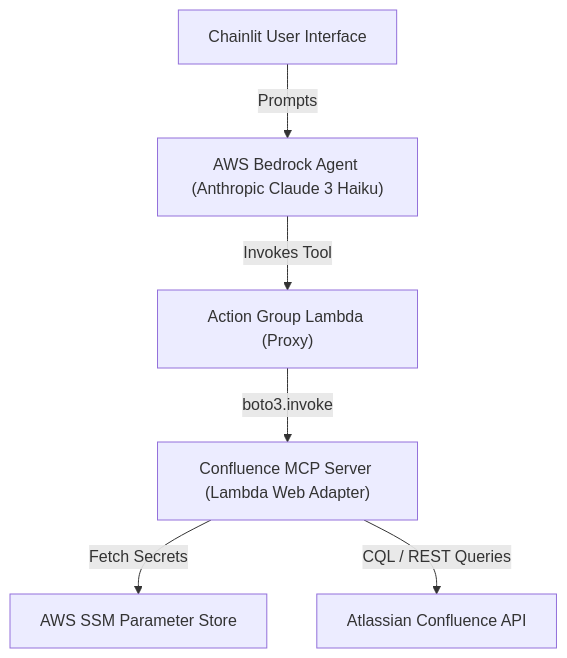
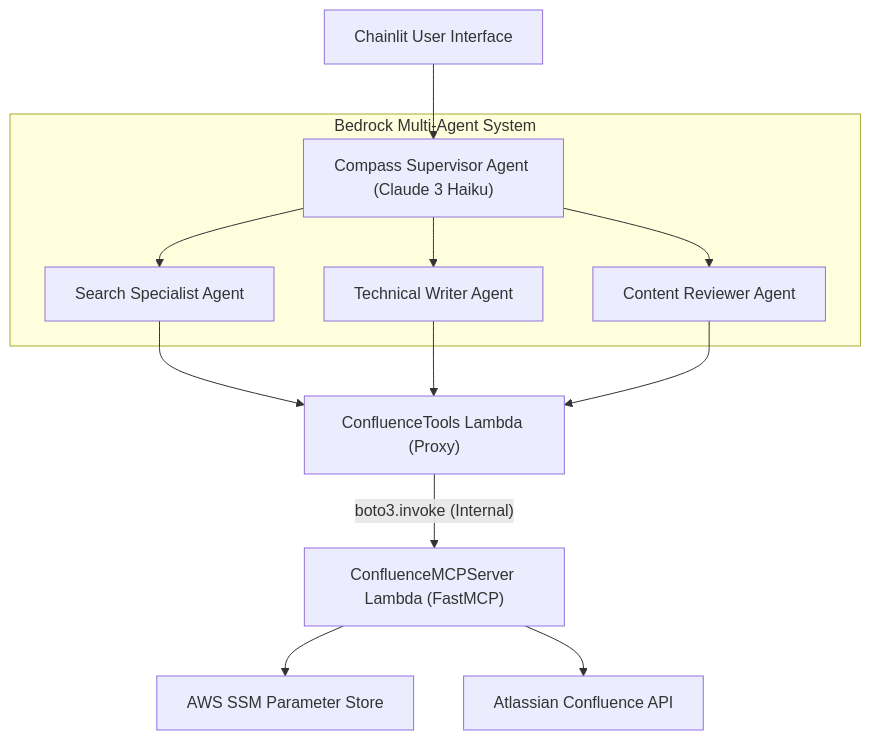
Before and after one commit to javiator/confluence-mcp: the diagram in docs/PHASE_4_SERVERLESS_ARCHITECTURE.md, drawn with Mermaid. The commit also changed other lines of this file and 10 other files, not shown here.

Commit message:
feat: finalize phase 4.3 bedrock mas with history sharing and full tool routing

````diff
--- a/docs/PHASE_4_SERVERLESS_ARCHITECTURE.md
+++ b/docs/PHASE_4_SERVERLESS_ARCHITECTURE.md
@@ -9,15 +9,18 @@
 ```mermaid
 graph TD
-    User["Chainlit User Interface"]
-    Bedrock["AWS Bedrock Agent (Anthropic Claude 3 Haiku)"]
-    Proxy["Action Group Lambda (Proxy)"]
-    Server["Confluence MCP Server (Lambda Web Adapter)"]
-    SSM["AWS SSM Parameter Store"]
-    API["Atlassian Confluence API"]
+    User["Chainlit User Interface"] --> Supervisor["Compass Supervisor Agent (Claude 3 Haiku)"]
+    
+    subgraph "Bedrock Multi-Agent System"
+        Supervisor --> Search["Search Specialist Agent"]
+        Supervisor --> Writer["Technical Writer Agent"]
+        Supervisor --> Review["Content Reviewer Agent"]
+    end
 
-    User -->|Prompts| Bedrock
-    Bedrock -->|Invokes Tool| Proxy
-    Proxy -->|boto3.invoke| Server
-    Server -->|Fetch Secrets| SSM
-    Server -->|CQL / REST Queries| API
+    Search --> Proxy["ConfluenceTools Lambda (Proxy)"]
+    Writer --> Proxy
+    Review --> Proxy
+    
+    Proxy -- "boto3.invoke (Internal)" --> Server["ConfluenceMCPServer Lambda (FastMCP)"]
+    Server --> SSM["AWS SSM Parameter Store"]
+    Server --> API["Atlassian Confluence API"]
 ```
````
